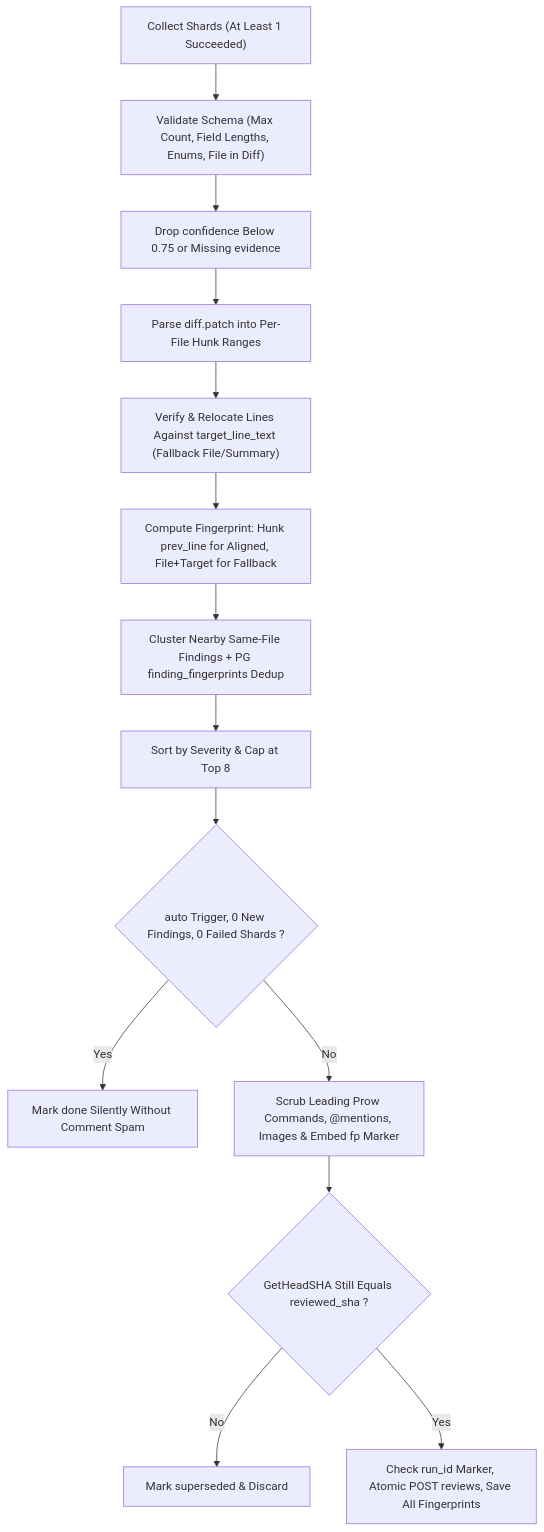
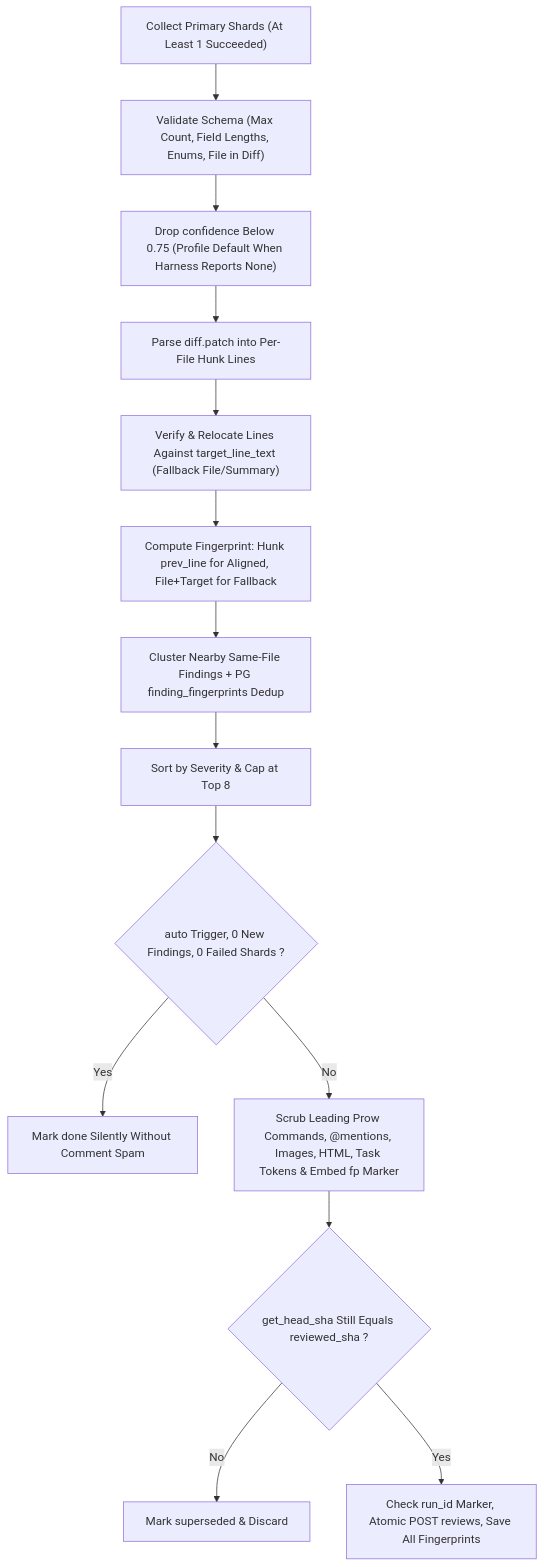
Before and after one commit to zetxqx/review-agent-infra: the fifth of 7 diagrams in docs/design/implementation-plan.md, drawn with Mermaid. The commit also changed other lines of this file and 7 other files, not shown here.

````diff
--- a/docs/design/implementation-plan.md
+++ b/docs/design/implementation-plan.md
@@ -1068,16 +1962,16 @@
 ```mermaid
 flowchart TD
-    Shards["Collect Shards (At Least 1 Succeeded)"] --> Validate["Validate Schema (Max Count, Field Lengths, Enums, File in Diff)"]
-    Validate --> FilterConf["Drop confidence Below 0.75 or Missing evidence"]
-    FilterConf --> DiffParse["Parse diff.patch into Per-File Hunk Ranges"]
+    Shards["Collect Primary Shards (At Least 1 Succeeded)"] --> Validate["Validate Schema (Max Count, Field Lengths, Enums, File in Diff)"]
+    Validate --> FilterConf["Drop confidence Below 0.75 (Profile Default When Harness Reports None)"]
+    FilterConf --> DiffParse["Parse diff.patch into Per-File Hunk Lines"]
     DiffParse --> Align["Verify & Relocate Lines Against target_line_text (Fallback File/Summary)"]
     Align --> FpCalc["Compute Fingerprint: Hunk prev_line for Aligned, File+Target for Fallback"]
     FpCalc --> Dedup["Cluster Nearby Same-File Findings + PG finding_fingerprints Dedup"]
     Dedup --> TopN["Sort by Severity & Cap at Top 8"]
     TopN --> AutoZero{"auto Trigger, 0 New Findings, 0 Failed Shards ?"}
     AutoZero -->|"Yes"| SkipPost["Mark done Silently Without Comment Spam"]
-    AutoZero -->|"No"| Sanitize["Scrub Leading Prow Commands, @mentions, Images & Embed fp Marker"]
-    Sanitize --> CAS{"GetHeadSHA Still Equals reviewed_sha ?"}
+    AutoZero -->|"No"| Sanitize["Scrub Leading Prow Commands, @mentions, Images, HTML, Task Tokens & Embed fp Marker"]
+    Sanitize --> CAS{"get_head_sha Still Equals reviewed_sha ?"}
     CAS -->|"No"| Drop["Mark superseded & Discard"]
     CAS -->|"Yes"| Post["Check run_id Marker, Atomic POST reviews, Save All Fingerprints"]
 ```
````
